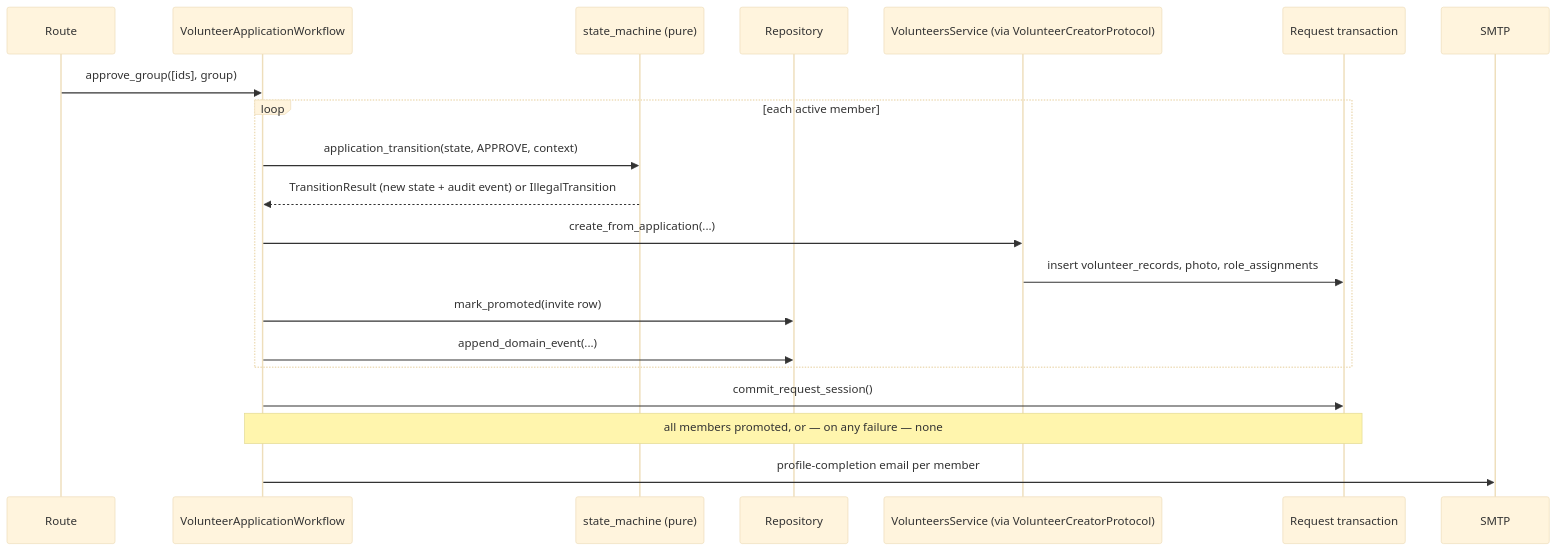
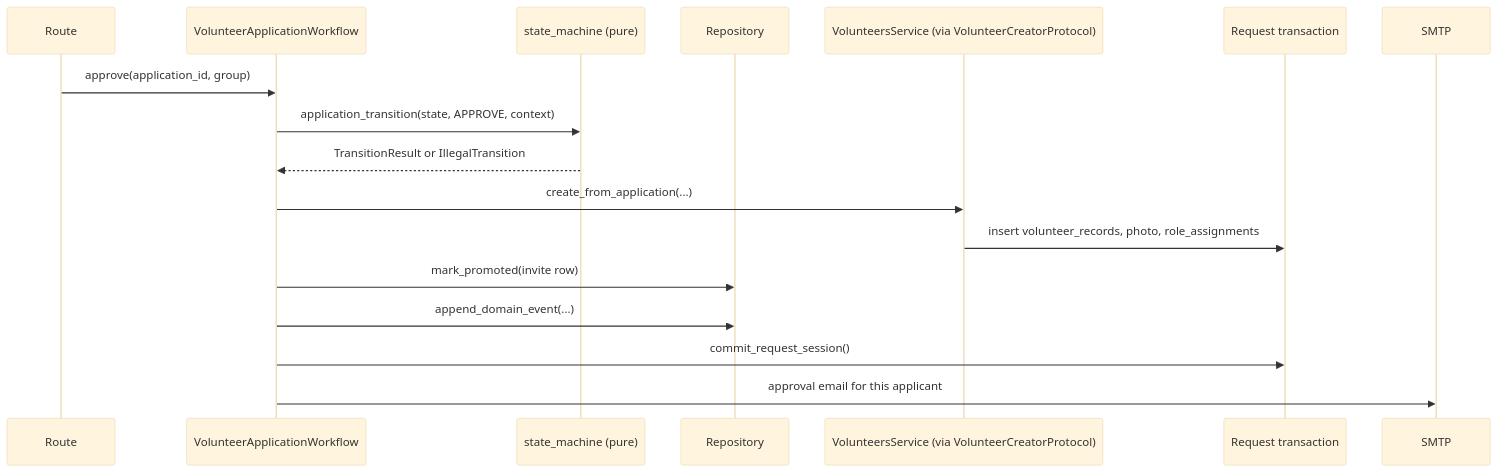
One commit to kvarteret/kvarteret-personal changed the second of 2 diagrams in docs/explanation/volunteer-application-lifecycle.md. Above: the diagram before and after it, drawn with Mermaid (base theme). The commit also changed other lines of this file and 53 other files, not shown here.

````diff
--- a/docs/explanation/volunteer-application-lifecycle.md
+++ b/docs/explanation/volunteer-application-lifecycle.md
@@ -75,23 +63,20 @@
 ```mermaid
 sequenceDiagram
     participant R as Route
     participant W as VolunteerApplicationWorkflow
     participant SM as state_machine (pure)
     participant Repo as Repository
     participant V as VolunteersService (via VolunteerCreatorProtocol)
     participant DB as Request transaction
     participant SMTP as SMTP
 
-    R->>W: approve_group([ids], group)
-    loop each active member
-        W->>SM: application_transition(state, APPROVE, context)
-        SM-->>W: TransitionResult (new state + audit event) or IllegalTransition
-        W->>V: create_from_application(...)
-        V->>DB: insert volunteer_records, photo, role_assignments
-        W->>Repo: mark_promoted(invite row)
-        W->>Repo: append_domain_event(...)
-    end
+    R->>W: approve(application_id, group)
+    W->>SM: application_transition(state, APPROVE, context)
+    SM-->>W: TransitionResult or IllegalTransition
+    W->>V: create_from_application(...)
+    V->>DB: insert volunteer_records, photo, role_assignments
+    W->>Repo: mark_promoted(invite row)
+    W->>Repo: append_domain_event(...)
     W->>DB: commit_request_session()
-    Note over W,DB: all members promoted, or — on any failure — none
-    W->>SMTP: profile-completion email per member
+    W->>SMTP: approval email for this applicant
 ```
````
